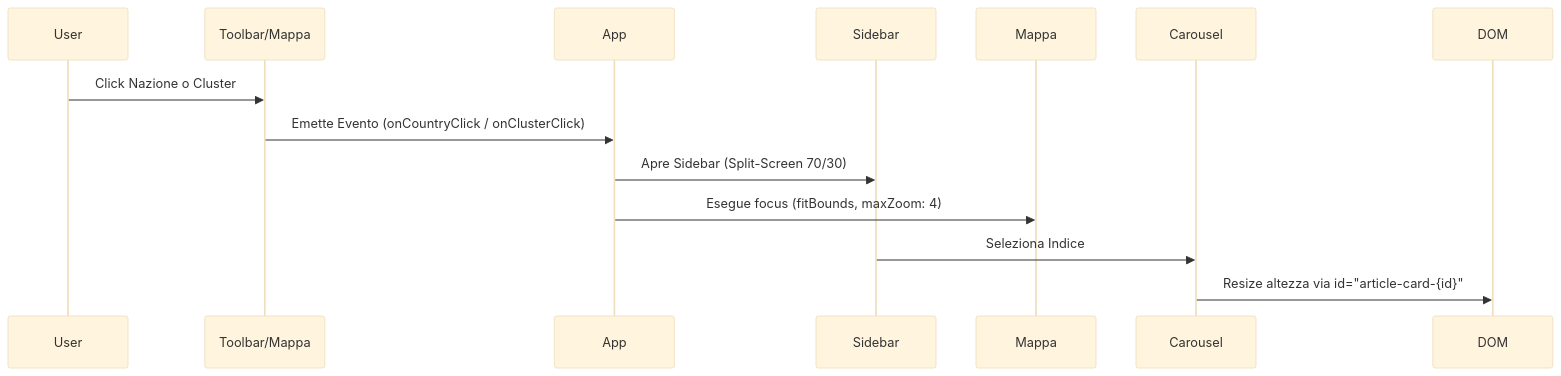
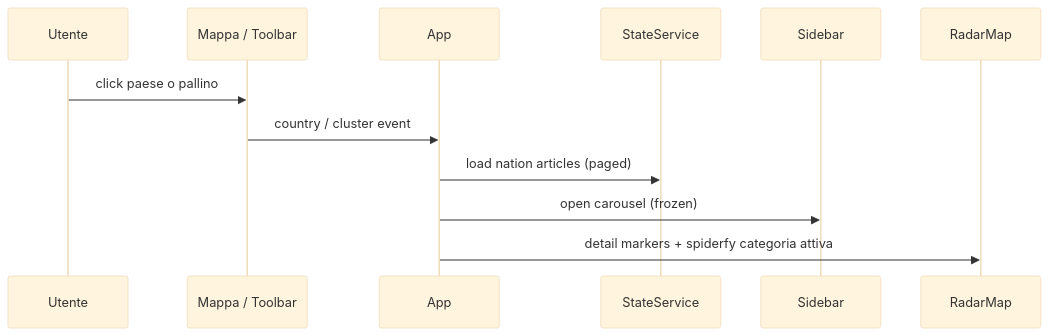
The diagram in docs/03_frontend_and_ui.md (JiraaG/Intelligence-Dashboard), drawn with Mermaid (base theme) before and after one commit. The commit also changed other lines of this file and 23 other files, not shown here.

````diff
--- a/docs/03_frontend_and_ui.md
+++ b/docs/03_frontend_and_ui.md
@@ -78,9 +92,15 @@
 ```mermaid
 sequenceDiagram
-    User->>Toolbar/Mappa: Click Nazione o Cluster
-    Toolbar/Mappa->>App: Emette Evento (onCountryClick / onClusterClick)
-    App->>Sidebar: Apre Sidebar (Split-Screen 70/30)
-    App->>Mappa: Esegue focus (fitBounds, maxZoom: 4)
-    Sidebar->>Carousel: Seleziona Indice
-    Carousel->>DOM: Resize altezza via id="article-card-{id}"
+  participant User as Utente
+  participant MapUI as Mappa / Toolbar
+  participant App as App
+  participant State as StateService
+  participant Sidebar as Sidebar
+  participant Map as RadarMap
+
+  User->>MapUI: click paese o pallino
+  MapUI->>App: country / cluster event
+  App->>State: load nation articles (paged)
+  App->>Sidebar: open carousel (frozen)
+  App->>Map: detail markers + spiderfy categoria attiva
 ```
````
